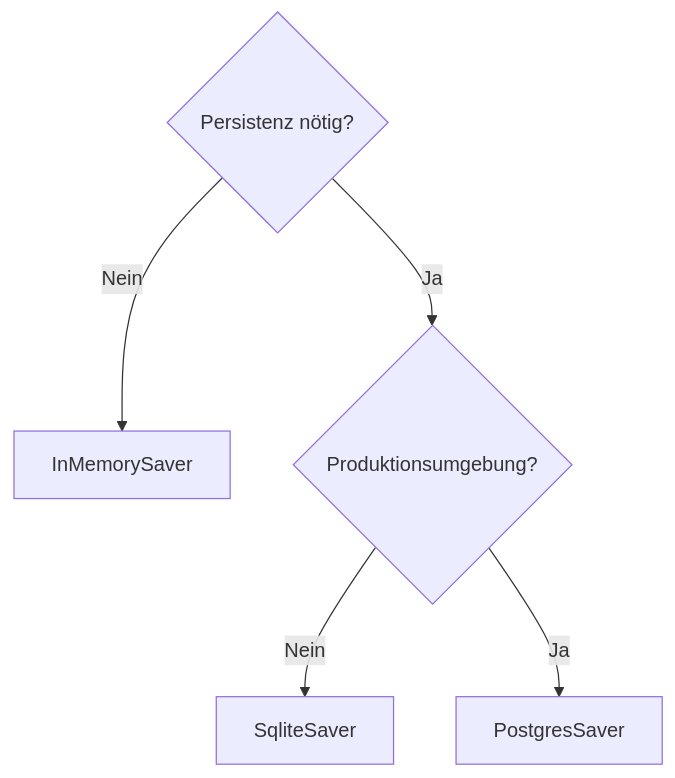
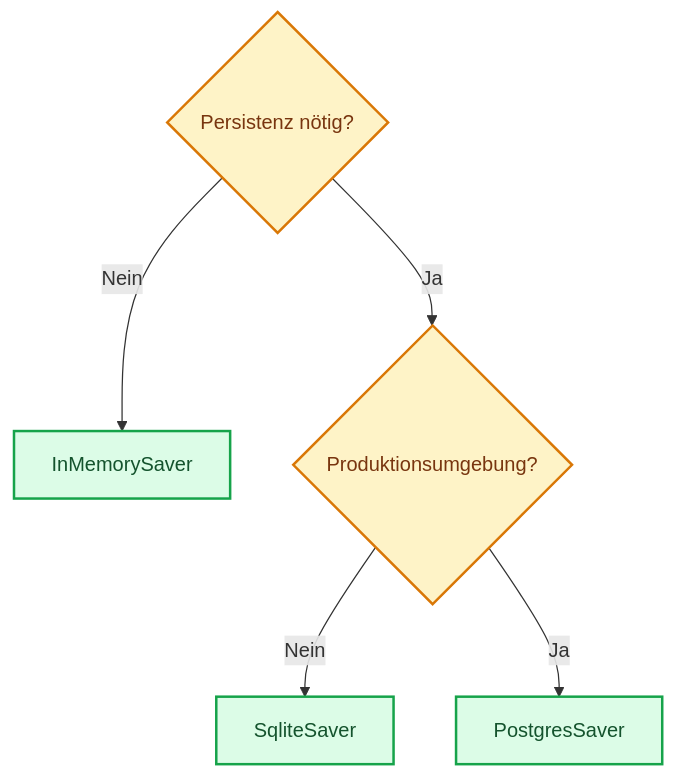
One commit to ralf-42/Agenten changed the second of 3 diagrams in docs/04-agenten-implementierung/ablauf-zustand/checkpointing-persistenz.md. Above: the diagram before and after it, drawn with Mermaid. The commit also changed other lines of this file and 18 other files, not shown here.

````diff
--- a/docs/04-agenten-implementierung/ablauf-zustand/checkpointing-persistenz.md
+++ b/docs/04-agenten-implementierung/ablauf-zustand/checkpointing-persistenz.md
@@ -136,8 +145,15 @@
 ```mermaid
 flowchart TD
     A{Persistenz nötig?}
     A -->|Nein| B[InMemorySaver]
     A -->|Ja| C{Produktionsumgebung?}
     C -->|Nein| D[SqliteSaver]
     C -->|Ja| E[PostgresSaver]
+
+    classDef default fill:#e0f2fe,stroke:#0284c7,stroke-width:2px,color:#0c4a6e;
+    classDef metric fill:#fef3c7,stroke:#d97706,stroke-width:2px,color:#78350f;
+    classDef output fill:#dcfce7,stroke:#16a34a,stroke-width:2px,color:#14532d;
+
+    class A,C metric;
+    class B,D,E output;
 ```
````
